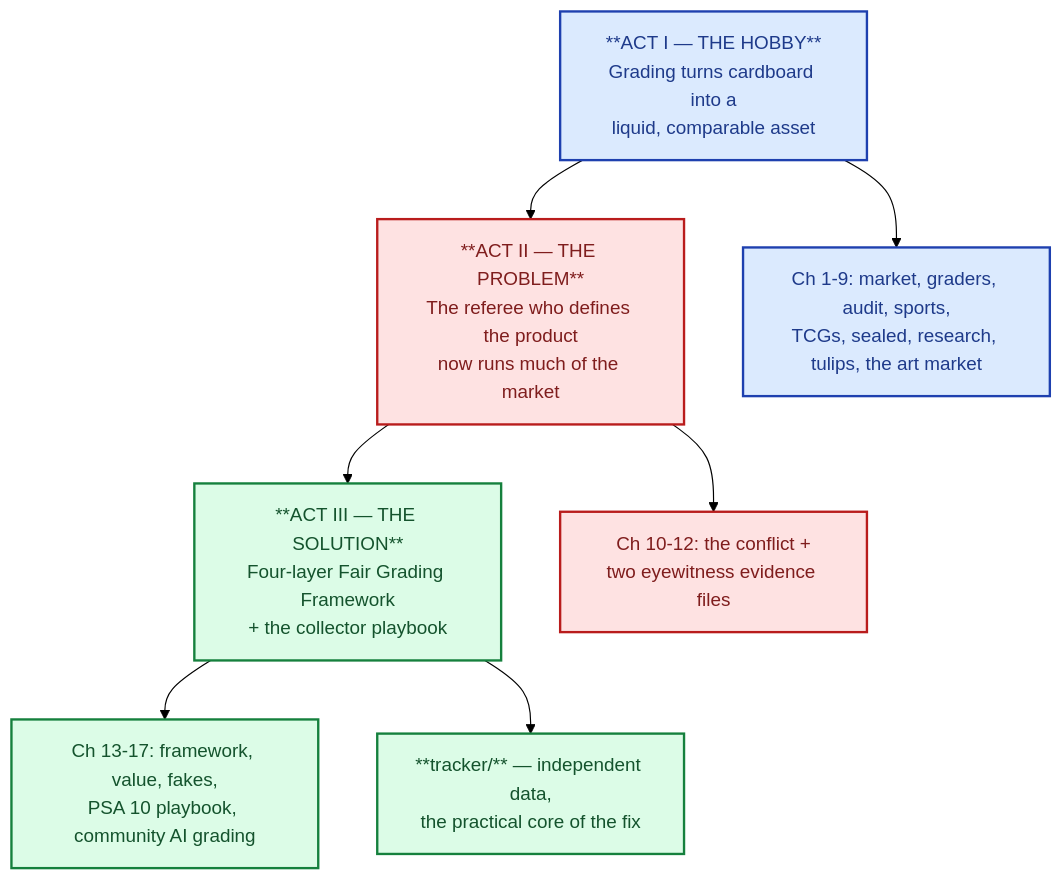
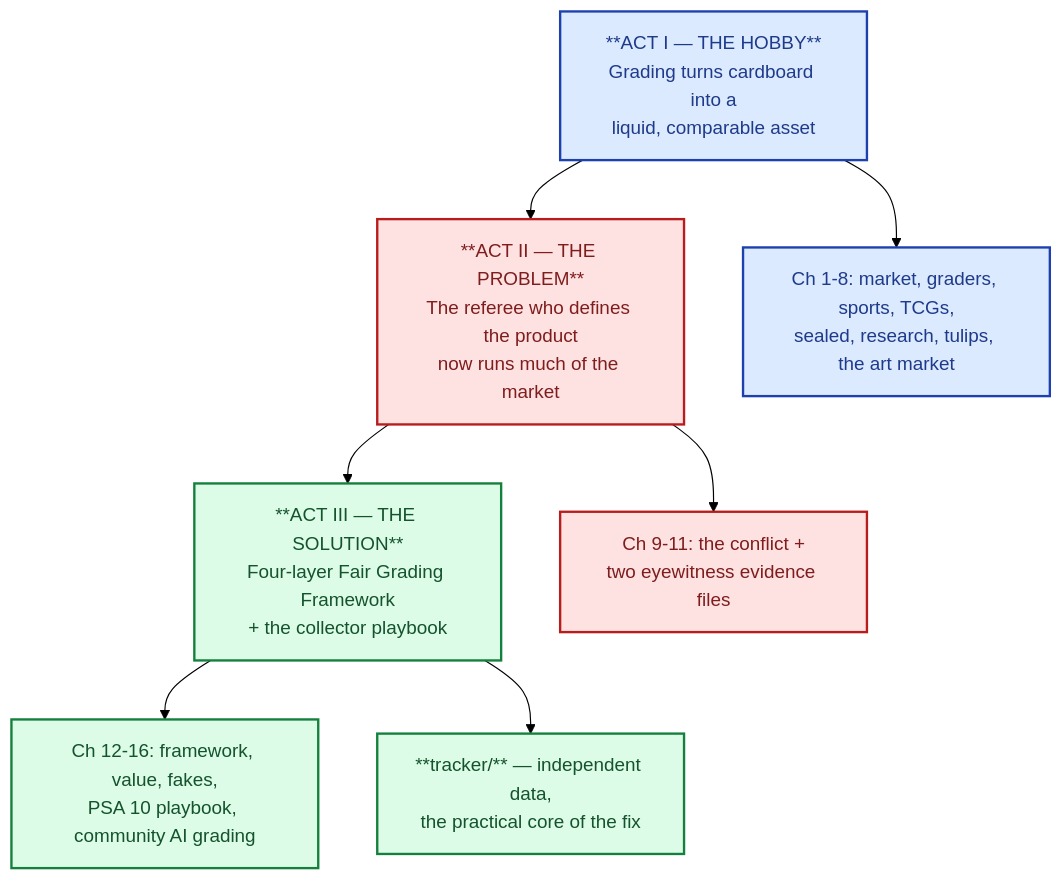
Before and after one commit to m0n3r0/trading-card-collector: the diagram in README.md, drawn with Mermaid (forest theme). The commit also changed other lines of this file and 17 other files, not shown here.

First line of the commit message:
Merge grading-companies (ch.2) + grading-company-audit (ch.3) into one audited chapter; purge overlaps; renumber 17->16

````diff
--- a/README.md
+++ b/README.md
@@ -6,22 +6,22 @@
 ```mermaid
 
 flowchart TD
 classDef act1 fill:#dbeafe,stroke:#1e40af,stroke-width:2px,color:#1e3a8a;
 classDef act2 fill:#fee2e2,stroke:#b91c1c,stroke-width:2px,color:#7f1d1d;
 classDef act3 fill:#dcfce7,stroke:#15803d,stroke-width:2px,color:#14532d;
 classDef key fill:#fde68a,stroke:#b45309,stroke-width:2.5px,color:#78350f;
 classDef risk fill:#fecaca,stroke:#991b1b,stroke-width:2px,color:#7f1d1d;
 classDef verify fill:#bbf7d0,stroke:#15803d,stroke-width:2px,color:#14532d;
 classDef unv fill:#fef3c7,stroke:#b45309,stroke-width:2px,stroke-dasharray:6 4,color:#78350f;
 classDef money fill:#fef9c3,stroke:#a16207,stroke-width:2px,color:#713f12;
 classDef flow fill:#f1f5f9,stroke:#64748b,stroke-width:1.5px,color:#334155;
 classDef endg fill:#e2e8f0,stroke:#475569,stroke-width:2px,color:#1e293b;
   A["**ACT I — THE HOBBY**<br/>Grading turns cardboard into a<br/>liquid, comparable asset"]:::act1 --> B
   B["**ACT II — THE PROBLEM**<br/>The referee who defines the product<br/>now runs much of the market"]:::act2 --> C
   C["**ACT III — THE SOLUTION**<br/>Four-layer Fair Grading Framework<br/>+ the collector playbook"]:::act3
 
-  A --> A1["Ch 1-9: market, graders, audit, sports,<br/>TCGs, sealed, research, tulips, the art market"]:::act1
-  B --> B1["Ch 10-12: the conflict +<br/>two eyewitness evidence files"]:::act2
-  C --> C1["Ch 13-17: framework, value, fakes,<br/>PSA 10 playbook, community AI grading"]:::act3
+  A --> A1["Ch 1-8: market, graders, sports, TCGs,<br/>sealed, research, tulips, the art market"]:::act1
+  B --> B1["Ch 9-11: the conflict +<br/>two eyewitness evidence files"]:::act2
+  C --> C1["Ch 12-16: framework, value, fakes,<br/>PSA 10 playbook, community AI grading"]:::act3
   C --> T["**tracker/** — independent data,<br/>the practical core of the fix"]:::act3
 ```
````
